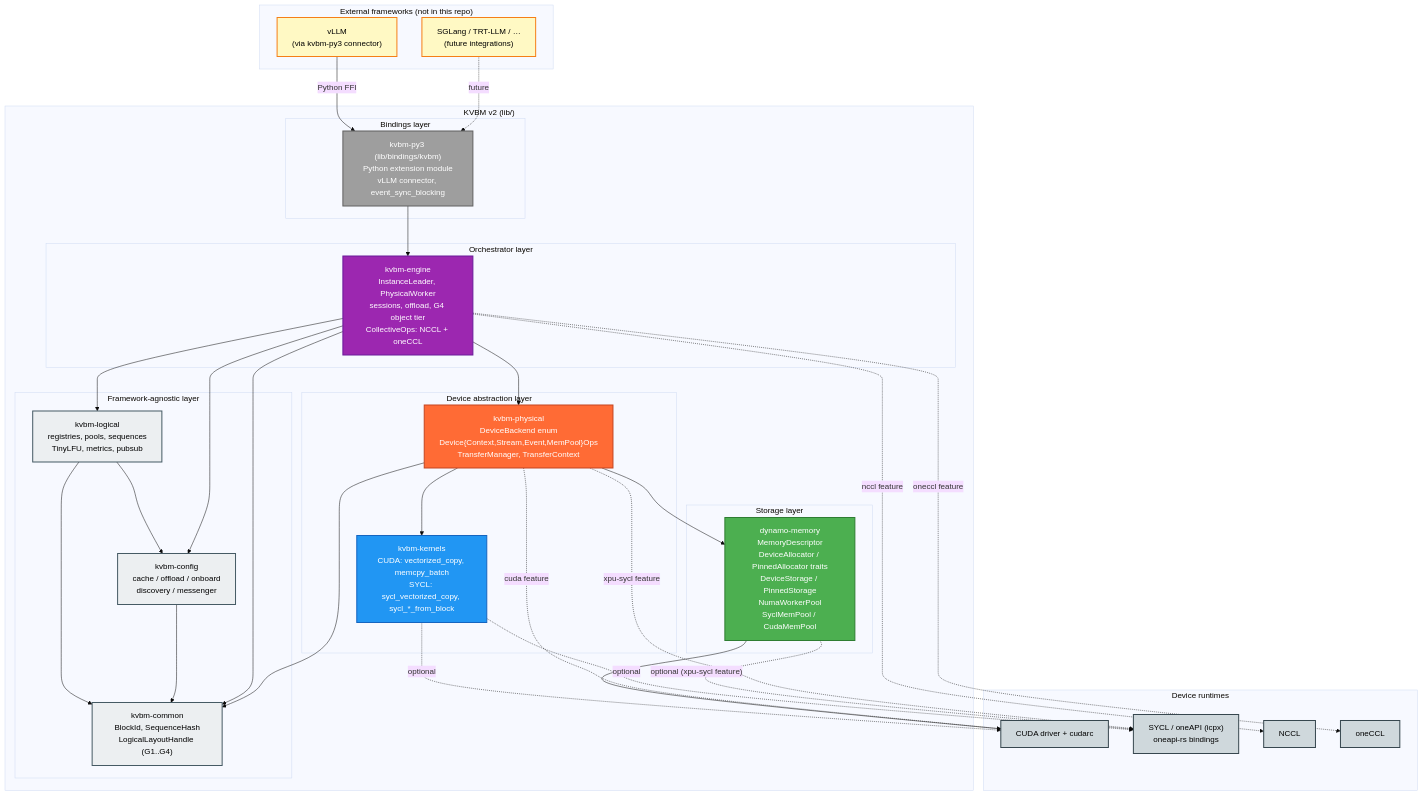
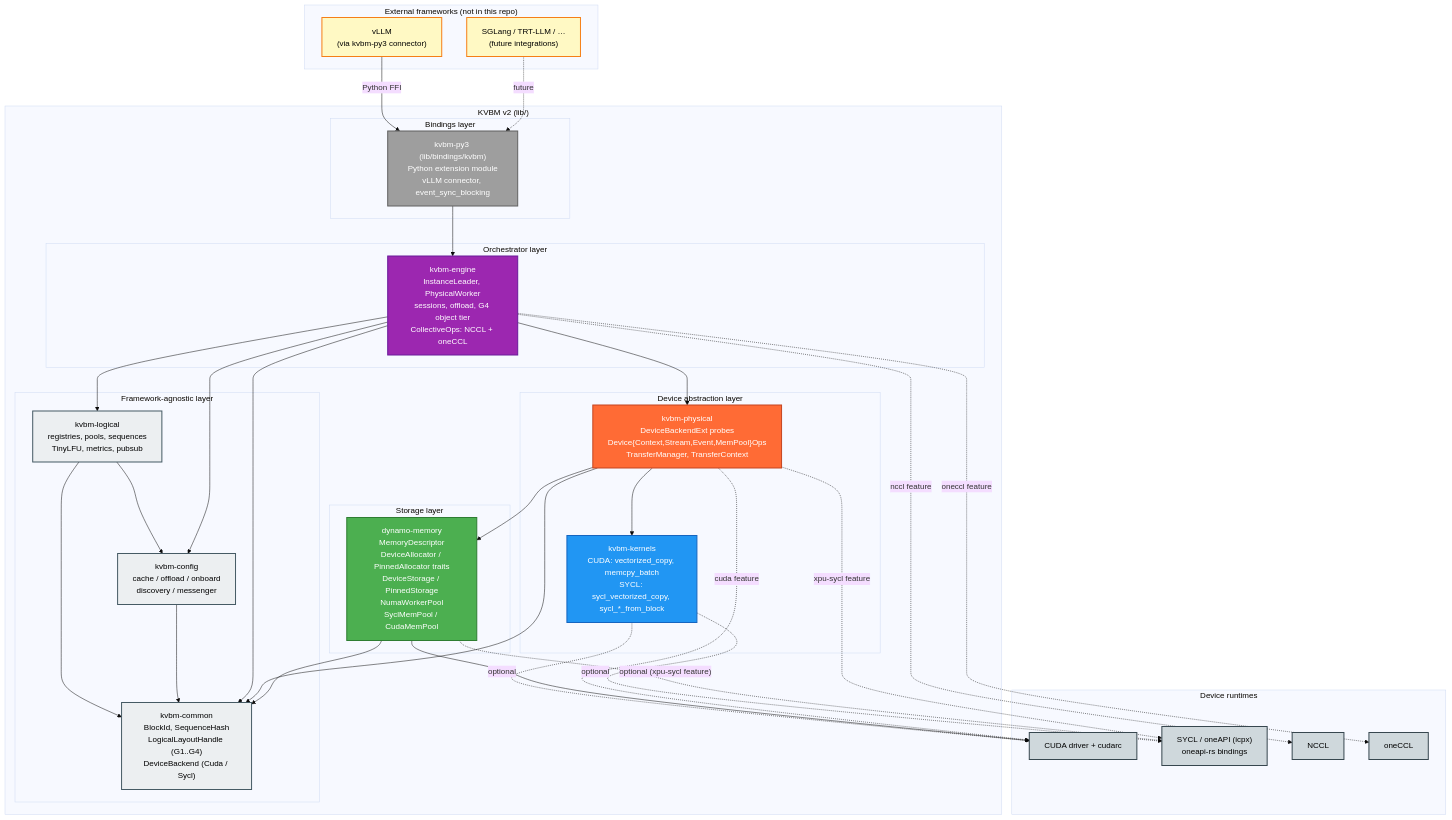
One commit to ai-dynamo/dynamo changed the first of 4 diagrams in lib/kvbm-physical/docs/kvbm_v2_xpu_sycl_enablement.md. Above: the diagram before and after it, drawn with Mermaid (base theme). The commit also changed other lines of this file and 1 other file, not shown here.

First line of the commit message:
docs(kvbm-v2): update SYCL/XPU docs

```diff
--- a/lib/kvbm-physical/docs/kvbm_v2_xpu_sycl_enablement.md
+++ b/lib/kvbm-physical/docs/kvbm_v2_xpu_sycl_enablement.md
@@ -62,7 +62,7 @@
 
     subgraph v2["KVBM v2 (lib/)"]
         subgraph topLayer["Framework-agnostic layer"]
-            Common["kvbm-common<br/>BlockId, SequenceHash<br/>LogicalLayoutHandle (G1..G4)"]
+            Common["kvbm-common<br/>BlockId, SequenceHash<br/>LogicalLayoutHandle (G1..G4)<br/>DeviceBackend (Cuda / Sycl)"]
             Config["kvbm-config<br/>cache / offload / onboard<br/>discovery / messenger"]
             Logical["kvbm-logical<br/>registries, pools, sequences<br/>TinyLFU, metrics, pubsub"]
         end
@@ -72,7 +72,7 @@
         end
 
         subgraph physLayer["Device abstraction layer"]
-            Physical["kvbm-physical<br/>DeviceBackend enum<br/>Device{Context,Stream,Event,MemPool}Ops<br/>TransferManager, TransferContext"]
+            Physical["kvbm-physical<br/>DeviceBackendExt probes<br/>Device{Context,Stream,Event,MemPool}Ops<br/>TransferManager, TransferContext"]
             Kernels["kvbm-kernels<br/>CUDA: vectorized_copy, memcpy_batch<br/>SYCL: sycl_vectorized_copy, sycl_*_from_block"]
         end
 
@@ -114,6 +114,7 @@
     Physical --> Memory
     Physical --> Common
     Physical --> Kernels
+    Memory --> Common
     Kernels -. optional .-> CUDA
     Kernels -. optional .-> SYCL
 
```
